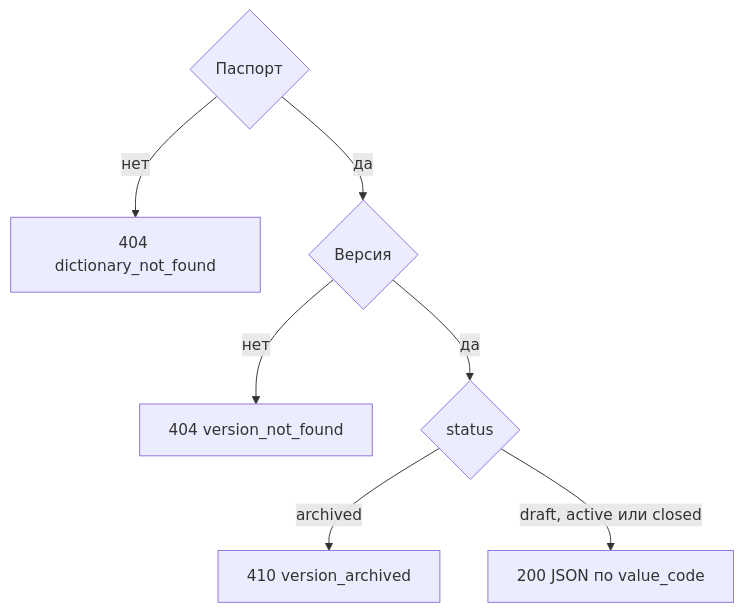
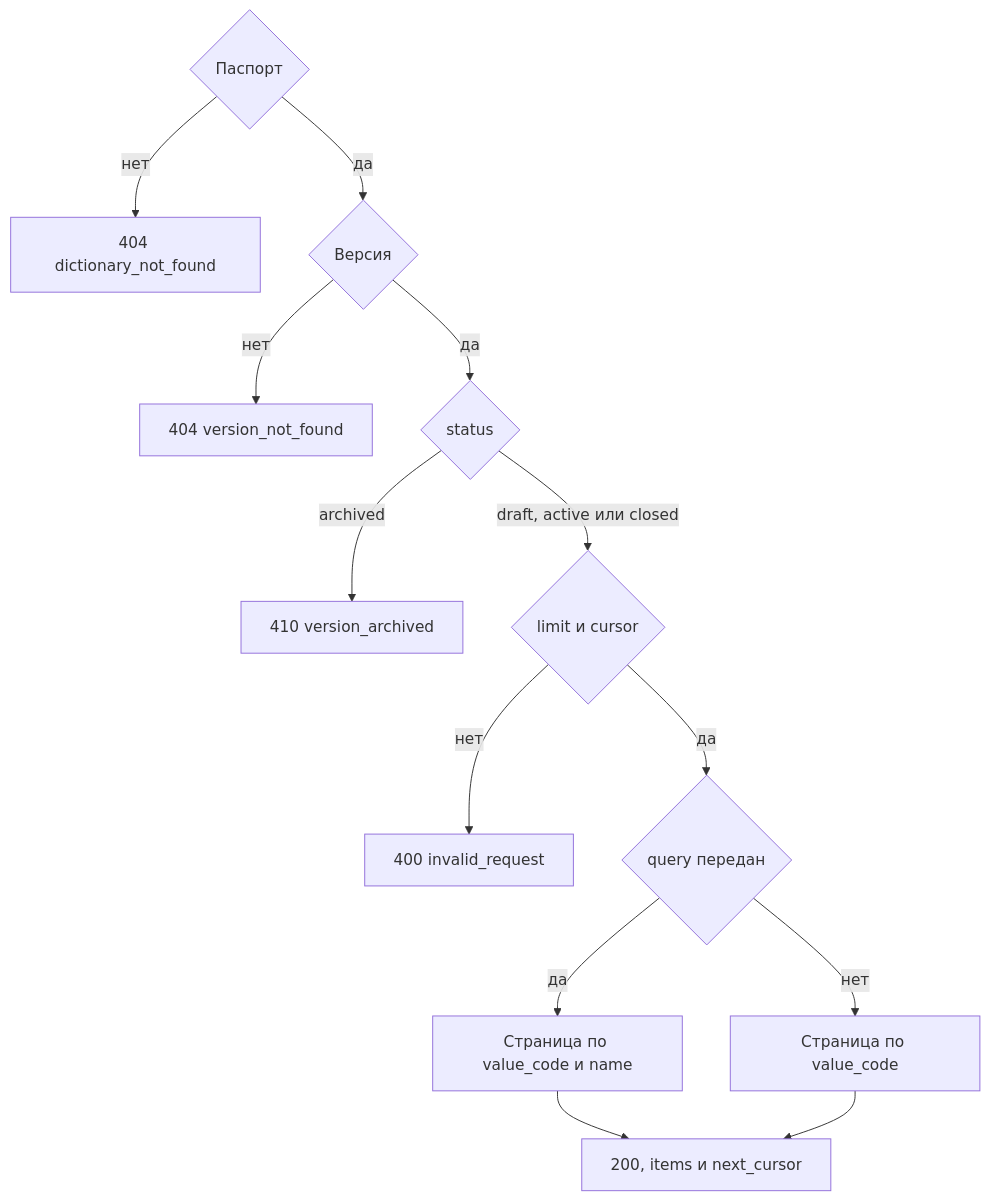
Before and after one commit to StrannikE95/reference_data: the diagram in docs/1. functional/v3/management.api/DataController/get_version.md, drawn with Mermaid. The commit also changed other lines of this file and 1 other file, not shown here.

````diff
--- a/docs/1. functional/v3/management.api/DataController/get_version.md
+++ b/docs/1. functional/v3/management.api/DataController/get_version.md
@@ -51,9 +69,15 @@
 ```mermaid
 flowchart TD
   pas{"Паспорт"} -->|нет| d404["404 dictionary_not_found"]
   pas -->|да| ver{"Версия"}
   ver -->|нет| v404["404 version_not_found"]
   ver -->|да| st{"status"}
   st -->|archived| arc["410 version_archived"]
-  st -->|draft, active или closed| ok["200 JSON по value_code"]
+  st -->|draft, active или closed| page{"limit и cursor"}
+  page -->|нет| bad["400 invalid_request"]
+  page -->|да| q{"query передан"}
+  q -->|да| find["Страница по value_code и name"]
+  q -->|нет| all["Страница по value_code"]
+  find --> ok["200, items и next_cursor"]
+  all --> ok
 ```
````
